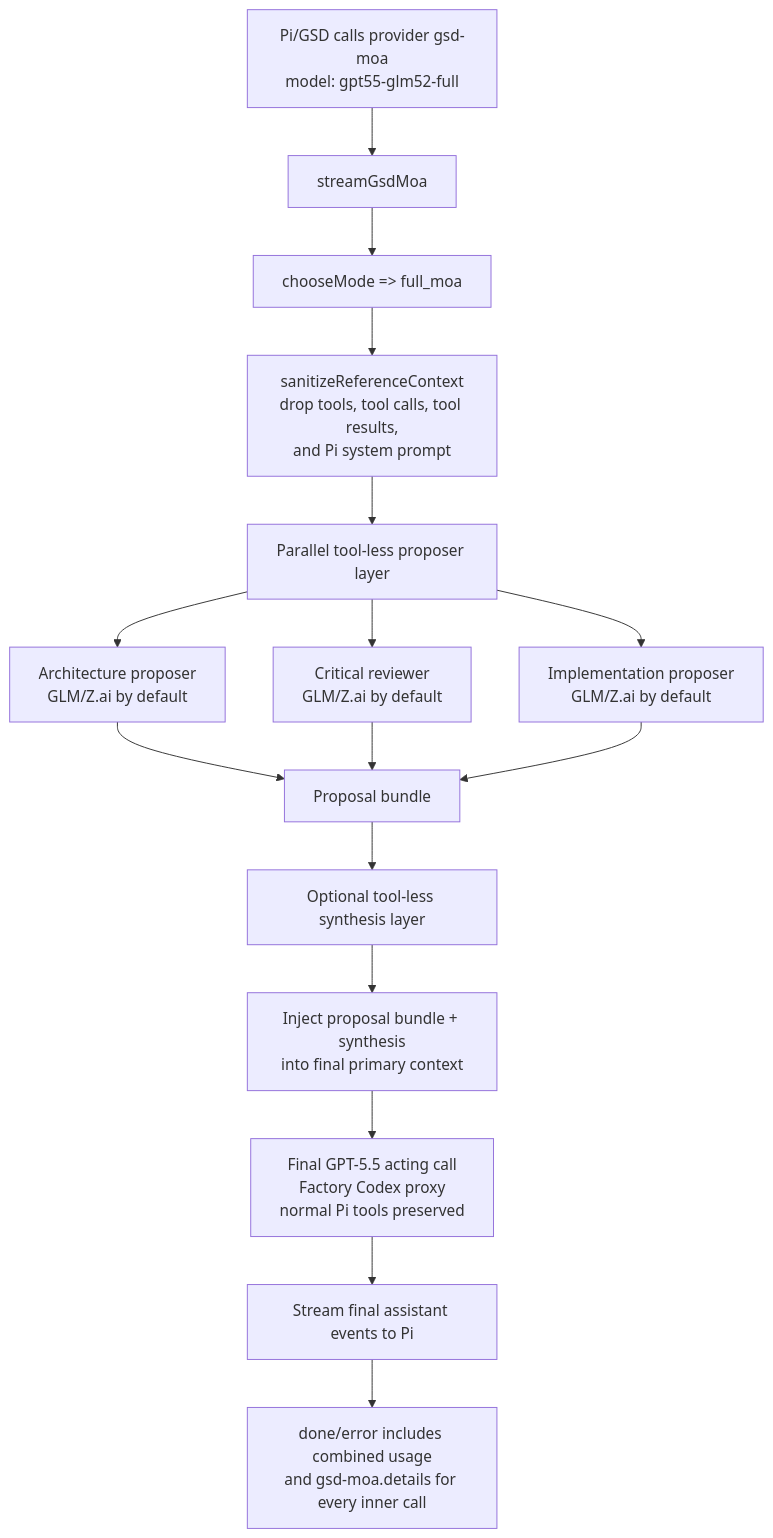
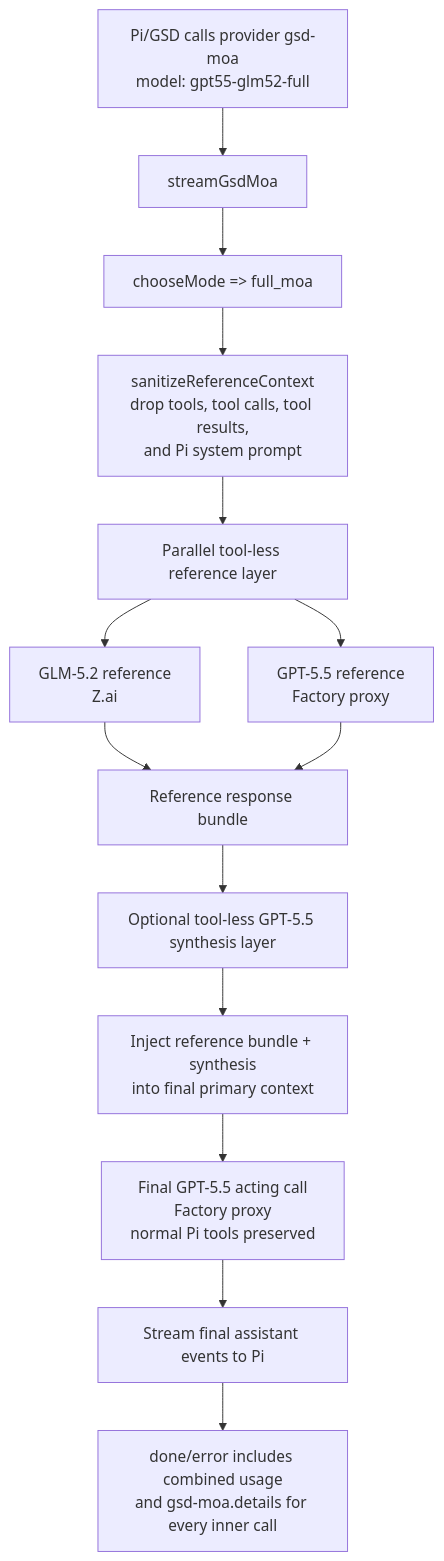
Before and after one commit to manthedan/gsd-moa: the first of 2 diagrams in docs/FULL-MOA.md, drawn with Mermaid. The commit also changed other lines of this file and 16 other files, not shown here.

````diff
--- a/docs/FULL-MOA.md
+++ b/docs/FULL-MOA.md
@@ -5,18 +5,16 @@
 ```mermaid
 flowchart TD
   A[Pi/GSD calls provider gsd-moa<br/>model: gpt55-glm52-full] --> B[streamGsdMoa]
   B --> C[chooseMode => full_moa]
   C --> D[sanitizeReferenceContext<br/>drop tools, tool calls, tool results,<br/>and Pi system prompt]
-  D --> E[Parallel tool-less proposer layer]
-  E --> E1[Architecture proposer<br/>GLM/Z.ai by default]
-  E --> E2[Critical reviewer<br/>GLM/Z.ai by default]
-  E --> E3[Implementation proposer<br/>GLM/Z.ai by default]
-  E1 --> F[Proposal bundle]
+  D --> E[Parallel tool-less reference layer]
+  E --> E1[GLM-5.2 reference<br/>Z.ai]
+  E --> E2[GPT-5.5 reference<br/>Factory proxy]
+  E1 --> F[Reference response bundle]
   E2 --> F
-  E3 --> F
-  F --> G[Optional tool-less synthesis layer]
-  G --> H[Inject proposal bundle + synthesis<br/>into final primary context]
-  H --> I[Final GPT-5.5 acting call<br/>Factory Codex proxy<br/>normal Pi tools preserved]
+  F --> G[Optional tool-less GPT-5.5 synthesis layer]
+  G --> H[Inject reference bundle + synthesis<br/>into final primary context]
+  H --> I[Final GPT-5.5 acting call<br/>Factory proxy<br/>normal Pi tools preserved]
   I --> J[Stream final assistant events to Pi]
   J --> K[done/error includes combined usage<br/>and gsd-moa.details for every inner call]
 ```
````
